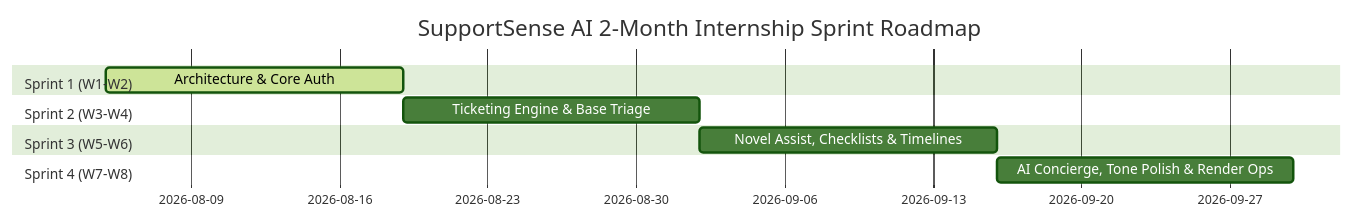
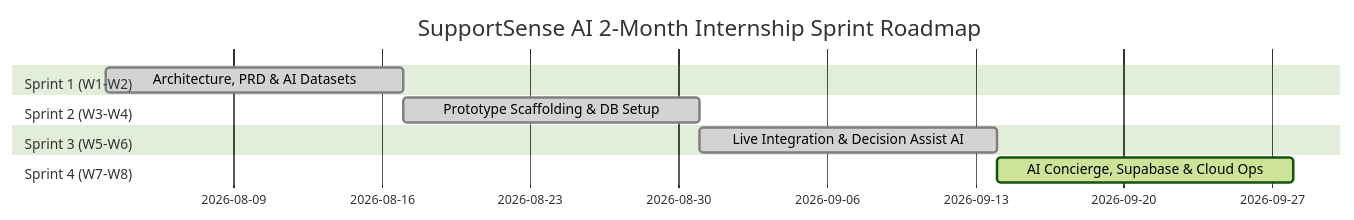
One commit to ByteLounge/SupportSenseAI changed the diagram in docs/03_AGILE_SPRINT_PLANNING.md. Above: the diagram before and after it, drawn with Mermaid (forest theme). The commit also changed other lines of this file and 3 other files, not shown here.

````diff
--- a/docs/03_AGILE_SPRINT_PLANNING.md
+++ b/docs/03_AGILE_SPRINT_PLANNING.md
@@ -73,13 +97,13 @@
 ```mermaid
 gantt
     title SupportSense AI 2-Month Internship Sprint Roadmap
     dateFormat  YYYY-MM-DD
     section Sprint 1 (W1-W2)
-    Architecture & Core Auth         :active, s1, 2026-08-05, 14d
+    Architecture, PRD & AI Datasets       :done, s1, 2026-08-03, 14d
     section Sprint 2 (W3-W4)
-    Ticketing Engine & Base Triage   :s2, after s1, 14d
+    Prototype Scaffolding & DB Setup      :done, s2, after s1, 14d
     section Sprint 3 (W5-W6)
-    Novel Assist, Checklists & Timelines:s3, after s2, 14d
+    Live Integration & Decision Assist AI :done, s3, after s2, 14d
     section Sprint 4 (W7-W8)
-    AI Concierge, Tone Polish & Render Ops:s4, after s3, 14d
+    AI Concierge, Supabase & Cloud Ops    :active, s4, after s3, 14d
 ```
````
